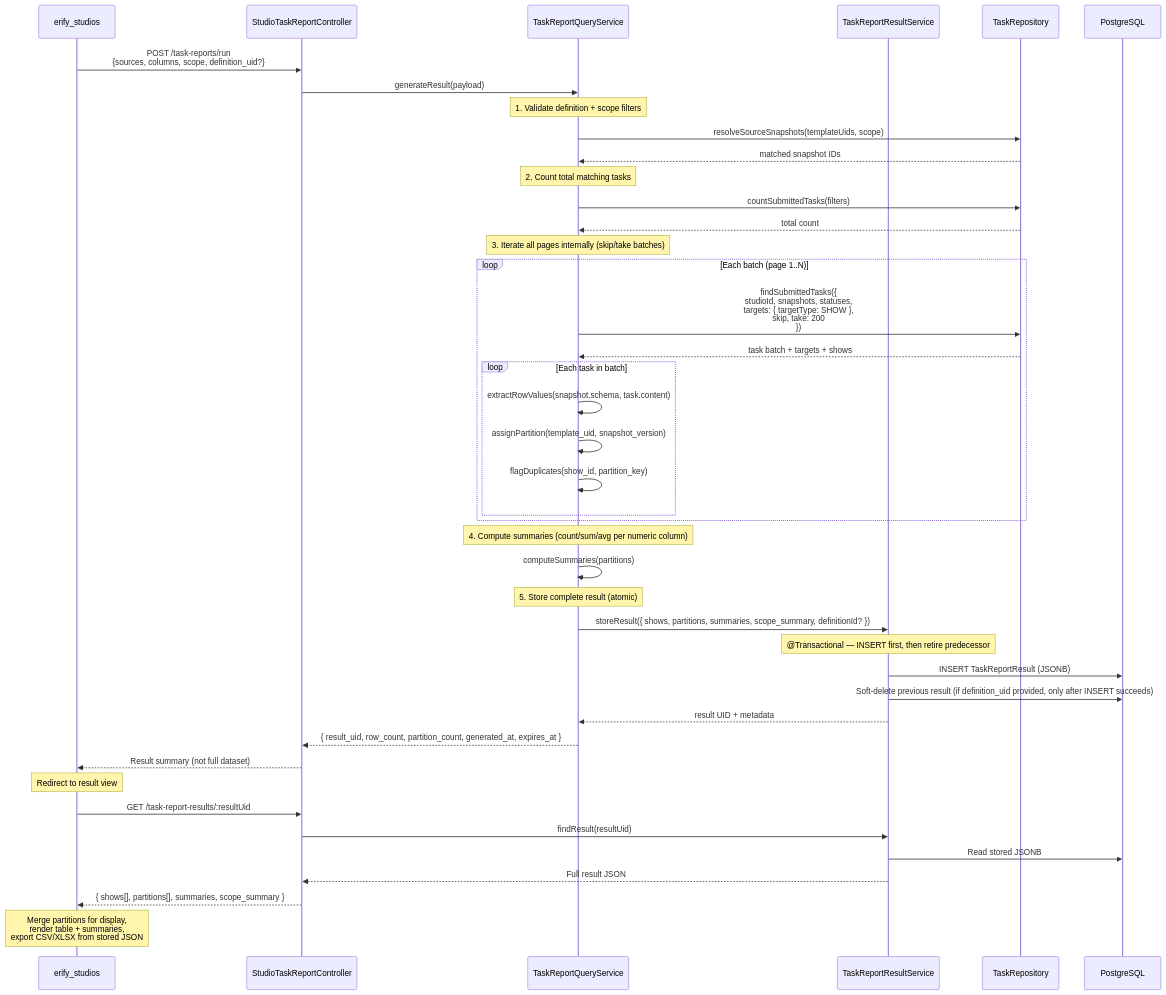
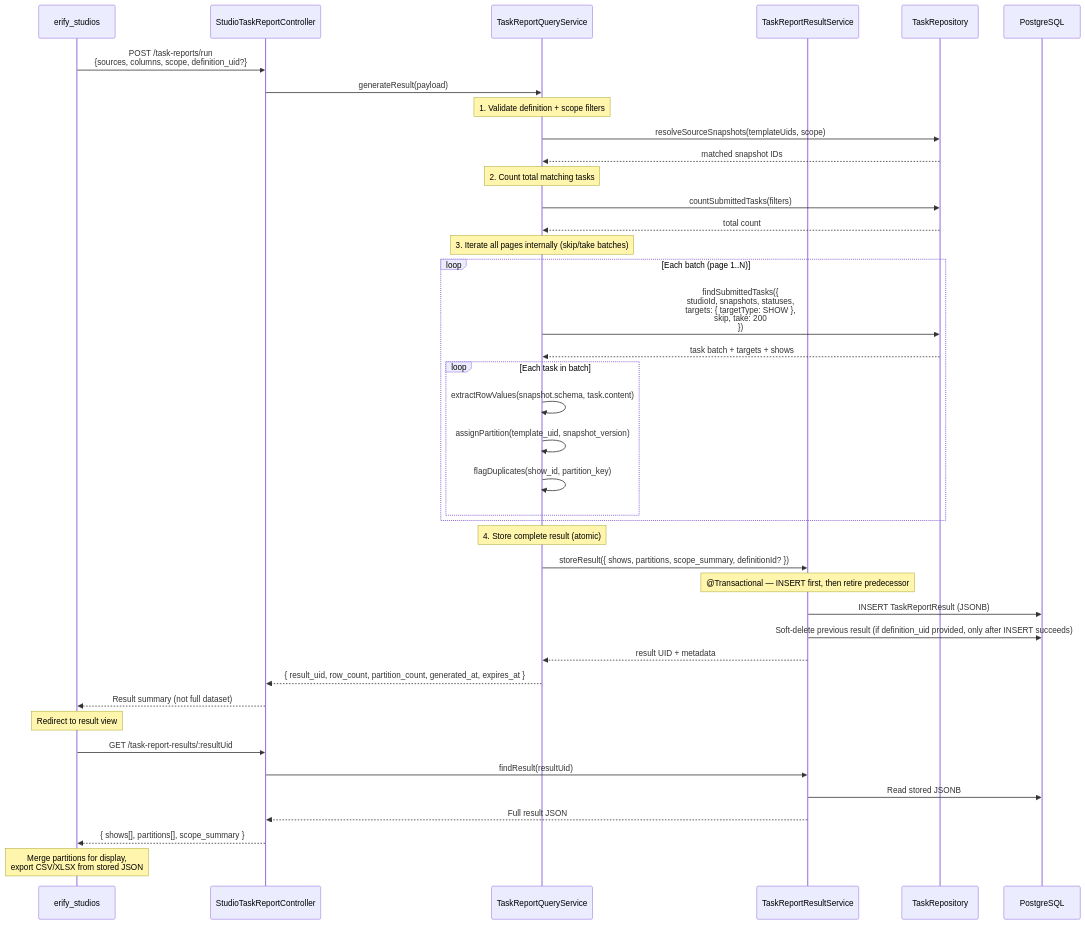
One commit to allenlin90/eridu-services changed the second of 4 diagrams in apps/erify_api/docs/design/TASK_SUBMISSION_REPORTING_DESIGN.md. Above: the diagram before and after it, drawn with Mermaid. The commit also changed other lines of this file and 2 other files, not shown here.

````diff
--- a/apps/erify_api/docs/design/TASK_SUBMISSION_REPORTING_DESIGN.md
+++ b/apps/erify_api/docs/design/TASK_SUBMISSION_REPORTING_DESIGN.md
@@ -513,54 +505,51 @@
 ```mermaid
 sequenceDiagram
     participant FE as erify_studios
     participant Ctrl as StudioTaskReportController
     participant QS as TaskReportQueryService
     participant RS as TaskReportResultService
     participant Repo as TaskRepository
     participant DB as PostgreSQL
 
     FE->>Ctrl: POST /task-reports/run<br/>{sources, columns, scope, definition_uid?}
     Ctrl->>QS: generateResult(payload)
 
     Note over QS: 1. Validate definition + scope filters
     QS->>Repo: resolveSourceSnapshots(templateUids, scope)
     Repo-->>QS: matched snapshot IDs
 
     Note over QS: 2. Count total matching tasks
     QS->>Repo: countSubmittedTasks(filters)
     Repo-->>QS: total count
 
     Note over QS: 3. Iterate all pages internally (skip/take batches)
     loop Each batch (page 1..N)
         QS->>Repo: findSubmittedTasks({<br/>  studioId, snapshots, statuses,<br/>  targets: { targetType: SHOW },<br/>  skip, take: 200<br/>})
         Repo-->>QS: task batch + targets + shows
 
         loop Each task in batch
             QS->>QS: extractRowValues(snapshot.schema, task.content)
             QS->>QS: assignPartition(template_uid, snapshot_version)
             QS->>QS: flagDuplicates(show_id, partition_key)
         end
     end
 
-    Note over QS: 4. Compute summaries (count/sum/avg per numeric column)
-    QS->>QS: computeSummaries(partitions)
-
-    Note over QS: 5. Store complete result (atomic)
-    QS->>RS: storeResult({ shows, partitions, summaries, scope_summary, definitionId? })
+    Note over QS: 4. Store complete result (atomic)
+    QS->>RS: storeResult({ shows, partitions, scope_summary, definitionId? })
     Note over RS: @Transactional — INSERT first, then retire predecessor
     RS->>DB: INSERT TaskReportResult (JSONB)
     RS->>DB: Soft-delete previous result (if definition_uid provided, only after INSERT succeeds)
     RS-->>QS: result UID + metadata
 
     QS-->>Ctrl: { result_uid, row_count, partition_count, generated_at, expires_at }
     Ctrl-->>FE: Result summary (not full dataset)
 
     Note over FE: Redirect to result view
 
     FE->>Ctrl: GET /task-report-results/:resultUid
     Ctrl->>RS: findResult(resultUid)
     RS->>DB: Read stored JSONB
     RS-->>Ctrl: Full result JSON
-    Ctrl-->>FE: { shows[], partitions[], summaries, scope_summary }
-    Note over FE: Merge partitions for display,<br/>render table + summaries,<br/>export CSV/XLSX from stored JSON
+    Ctrl-->>FE: { shows[], partitions[], scope_summary }
+    Note over FE: Merge partitions for display,<br/>export CSV/XLSX from stored JSON
 ```
````
